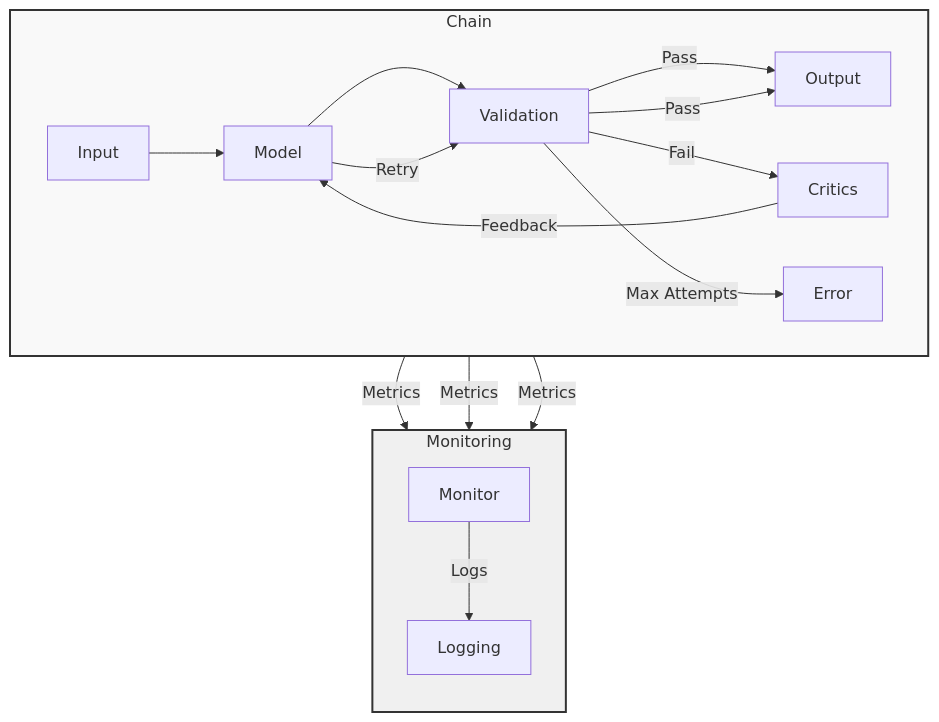
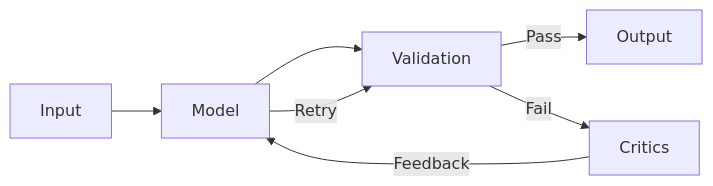
Before and after one commit to sifaka-ai/sifaka: the first of 2 diagrams in README.md, drawn with Mermaid. The commit also changed other lines of this file, not shown here.

````diff
--- a/README.md
+++ b/README.md
@@ -116,25 +115,9 @@
 ```mermaid
-graph TD
-    subgraph Chain
-        direction LR
-        Input --> Model
-        Model --> Validation
-        Validation --> |Pass| Output
-        Validation --> |Fail| Critics
-        Critics --> |Feedback| Model
-        Model --> |Retry| Validation
-        Validation --> |Max Attempts| Error
-        Validation --> |Pass| Output
-    end
-
-    subgraph Monitoring
-        direction TB
-        Model --> |Metrics| Monitor
-        Validation --> |Metrics| Monitor
-        Critics --> |Metrics| Monitor
-        Monitor --> |Logs| Logging
-    end
-
-    style Chain fill:#f9f9f9,stroke:#333,stroke-width:2px
-    style Monitoring fill:#f0f0f0,stroke:#333,stroke-width:2px
+graph LR
+    Input --> Model
+    Model --> Validation
+    Validation -->|Pass| Output
+    Validation -->|Fail| Critics
+    Critics -->|Feedback| Model
+    Model -->|Retry| Validation
 ```
````
